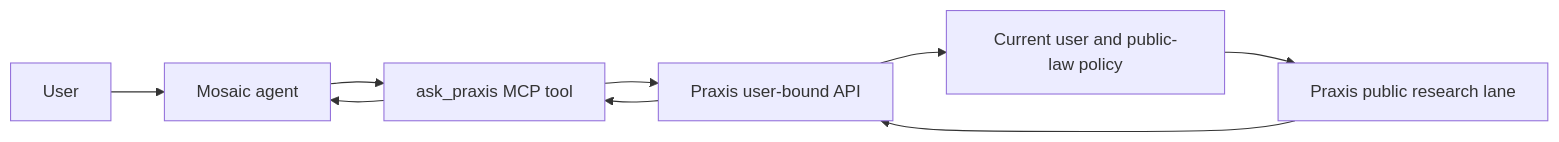
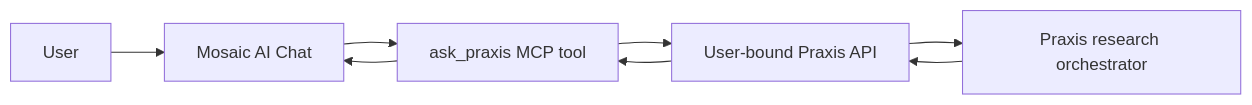
Before and after one commit to gwicho38/mosaic-addons: the second of 2 diagrams in addons/praxis-legal/README.md, drawn with Mermaid. The commit also changed other lines of this file and 5 other files, not shown here.

Commit message:
refactor: make Praxis integration MCP only (refs #9)

````diff
--- a/addons/praxis-legal/README.md
+++ b/addons/praxis-legal/README.md
@@ -15,10 +15,8 @@
 ```mermaid
 flowchart LR
-    User --> MosaicAgent[Mosaic agent]
-    MosaicAgent --> PraxisTool[ask_praxis MCP tool]
-    PraxisTool --> Phoenix[Praxis user-bound API]
-    Phoenix --> Policy[Current user and public-law policy]
-    Policy --> Orchestrator[Praxis public research lane]
-    Orchestrator --> Phoenix --> PraxisTool
-    PraxisTool --> MosaicAgent
+    User --> Chat[Mosaic AI Chat]
+    Chat --> Tool[ask_praxis MCP tool]
+    Tool --> API[User-bound Praxis API]
+    API --> Orchestrator[Praxis research orchestrator]
+    Orchestrator --> API --> Tool --> Chat
 ```
````
